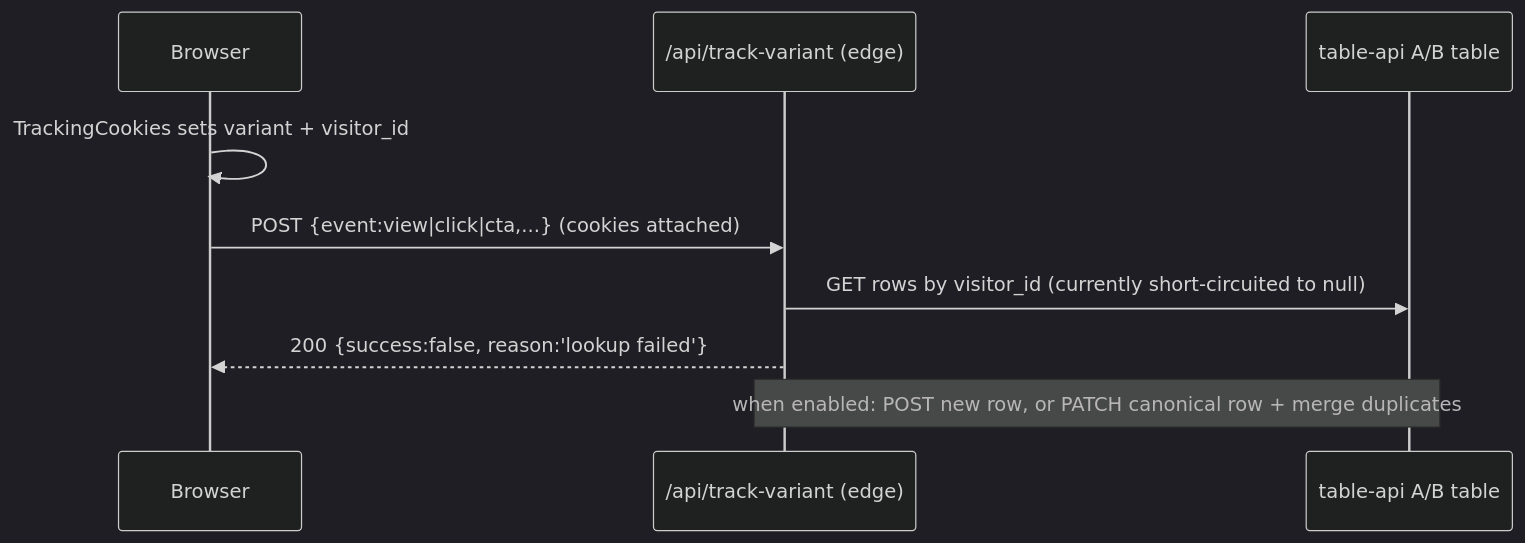
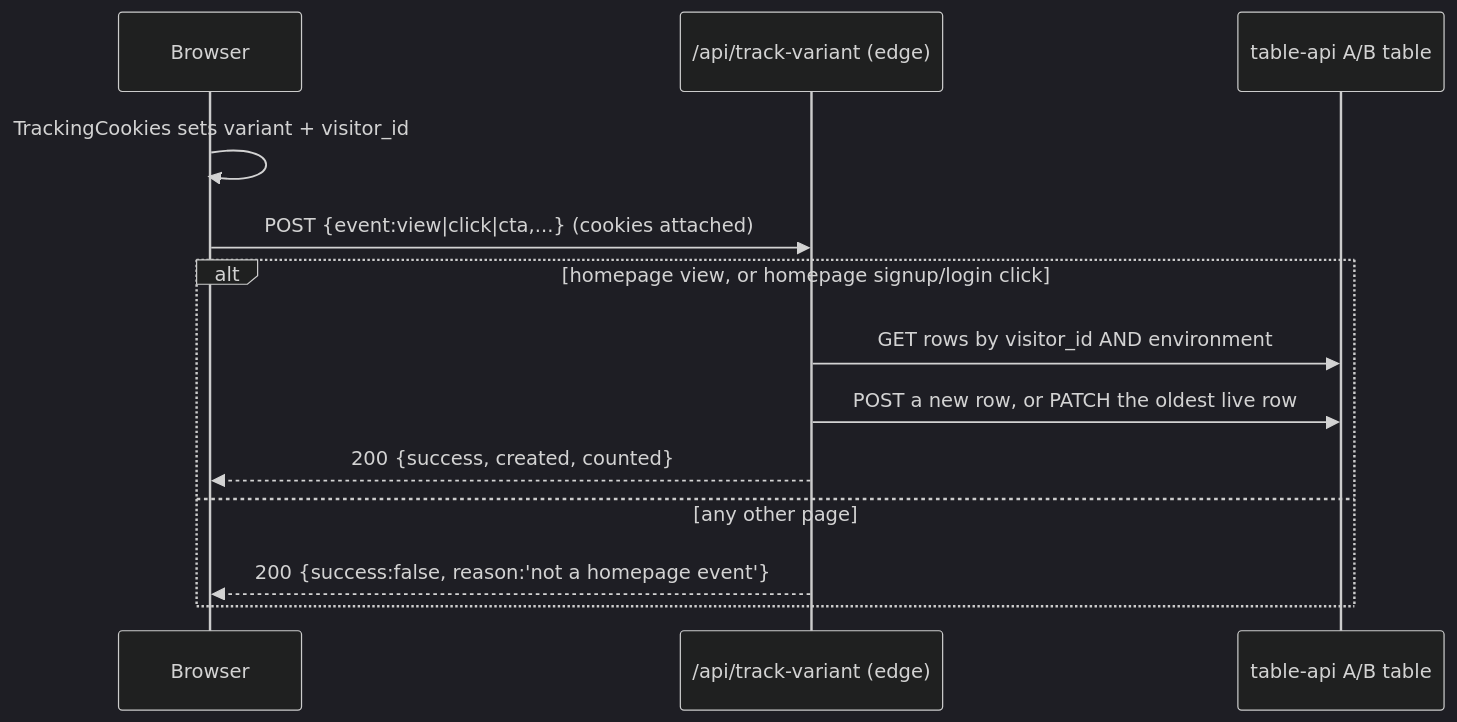
The diagram in docs/CONTRACTS.md (Walkover-Web-Solution/viasocket), drawn with Mermaid (dark theme) before and after one commit. The commit also changed other lines of this file and 23 other files, not shown here.

````diff
--- a/docs/CONTRACTS.md
+++ b/docs/CONTRACTS.md
@@ -91,11 +92,15 @@
 ```mermaid
 sequenceDiagram
     participant B as Browser
     participant R as /api/track-variant (edge)
     participant T as table-api A/B table
     B->>B: TrackingCookies sets variant + visitor_id
     B->>R: POST {event:view|click|cta,...} (cookies attached)
-    R->>T: GET rows by visitor_id (currently short-circuited to null)
-    R-->>B: 200 {success:false, reason:'lookup failed'}
-    Note over R,T: when enabled: POST new row, or PATCH canonical row + merge duplicates
+    alt homepage view, or homepage signup/login click
+        R->>T: GET rows by visitor_id AND environment
+        R->>T: POST a new row, or PATCH the oldest live row
+        R-->>B: 200 {success, created, counted}
+    else any other page
+        R-->>B: 200 {success:false, reason:'not a homepage event'}
+    end
 ```
````
